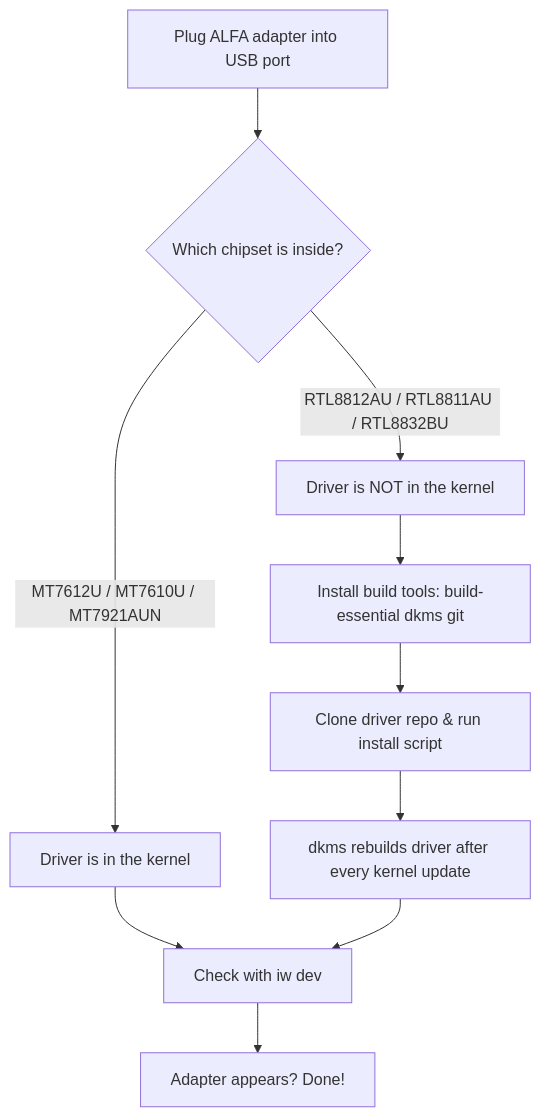
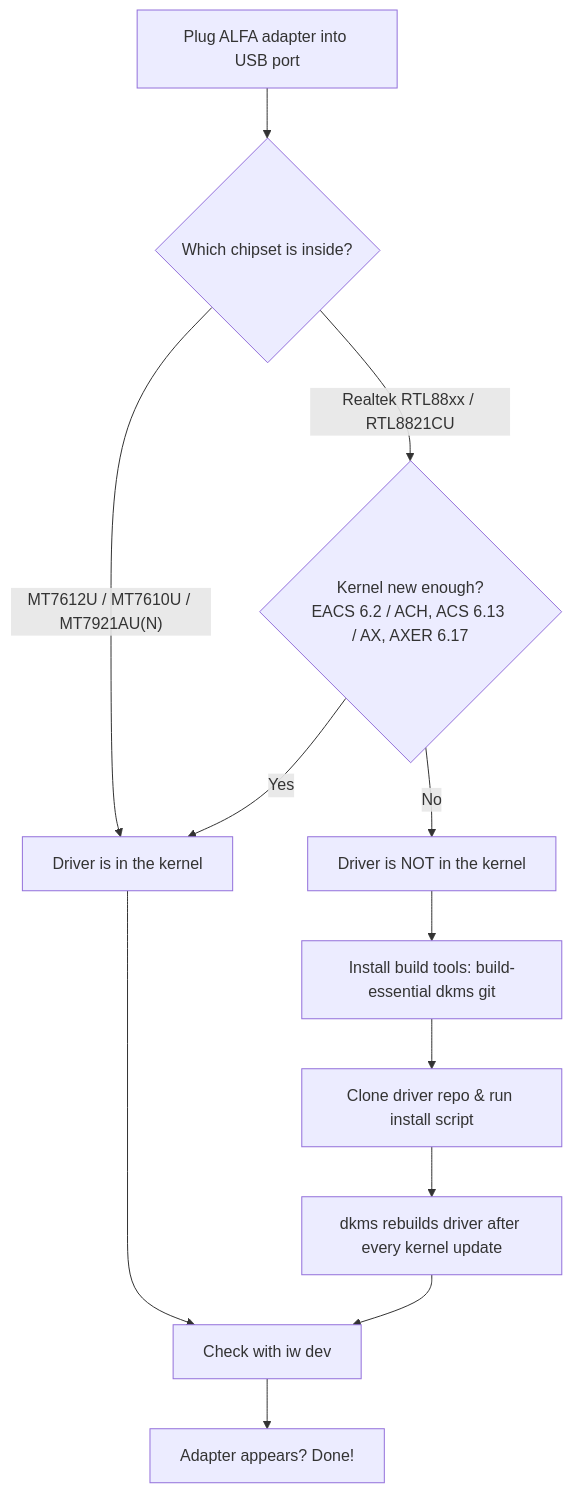
Before and after one commit to yopitek/yupitek-wiki: the diagram in i18n/zh-CN/docusaurus-plugin-content-docs/current/01-alfa-network/linux-setup-ubuntu.md, drawn with Mermaid. The commit also changed other lines of this file and 108 other files, not shown here.

````diff
--- a/i18n/zh-CN/docusaurus-plugin-content-docs/current/01-alfa-network/linux-setup-ubuntu.md
+++ b/i18n/zh-CN/docusaurus-plugin-content-docs/current/01-alfa-network/linux-setup-ubuntu.md
@@ -23,12 +23,14 @@
 ```mermaid
 flowchart TD
     A["Plug ALFA adapter into USB port"] --> B{"Which chipset is inside?"}
-    B -->|"MT7612U / MT7610U / MT7921AUN"| C["Driver is in the kernel"]
-    B -->|"RTL8812AU / RTL8811AU / RTL8832BU"| D["Driver is NOT in the kernel"]
+    B -->|"MT7612U / MT7610U / MT7921AU(N)"| C["Driver is in the kernel"]
+    B -->|"Realtek RTL88xx / RTL8821CU"| K{"Kernel new enough?<br/>EACS 6.2 / ACH, ACS 6.13 / AX, AXER 6.17"}
+    K -->|"Yes"| C
+    K -->|"No"| D["Driver is NOT in the kernel"]
     C --> E["Check with iw dev"]
     E --> F["Adapter appears? Done!"]
     D --> G["Install build tools: build-essential dkms git"]
     G --> H["Clone driver repo & run install script"]
     H --> I["dkms rebuilds driver after every kernel update"]
     I --> E
 ```
````
